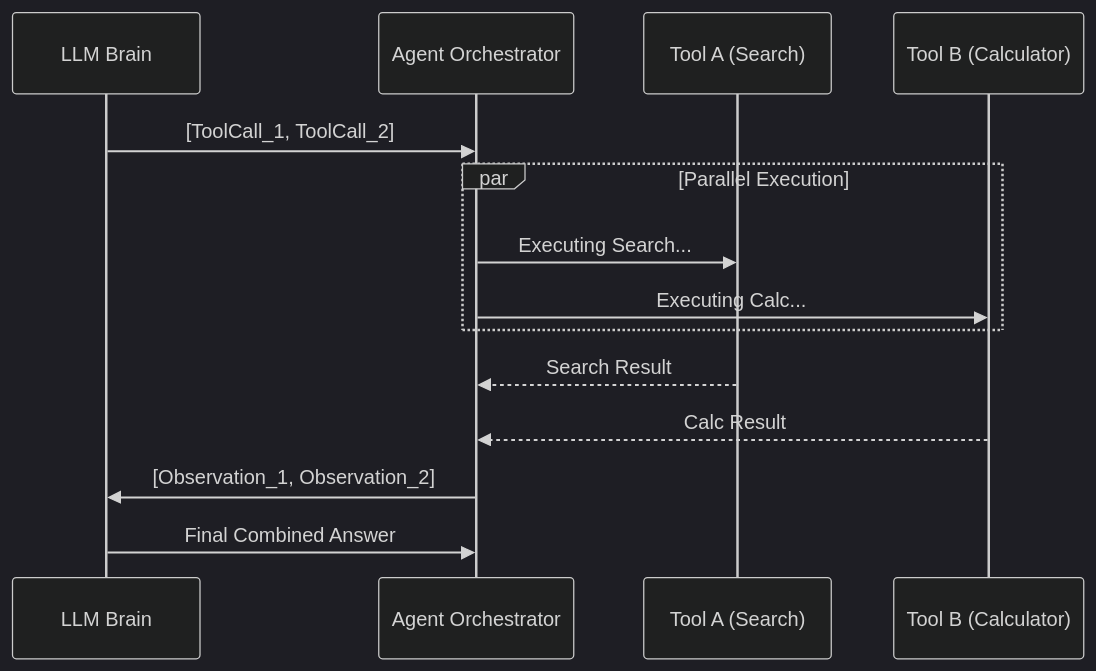
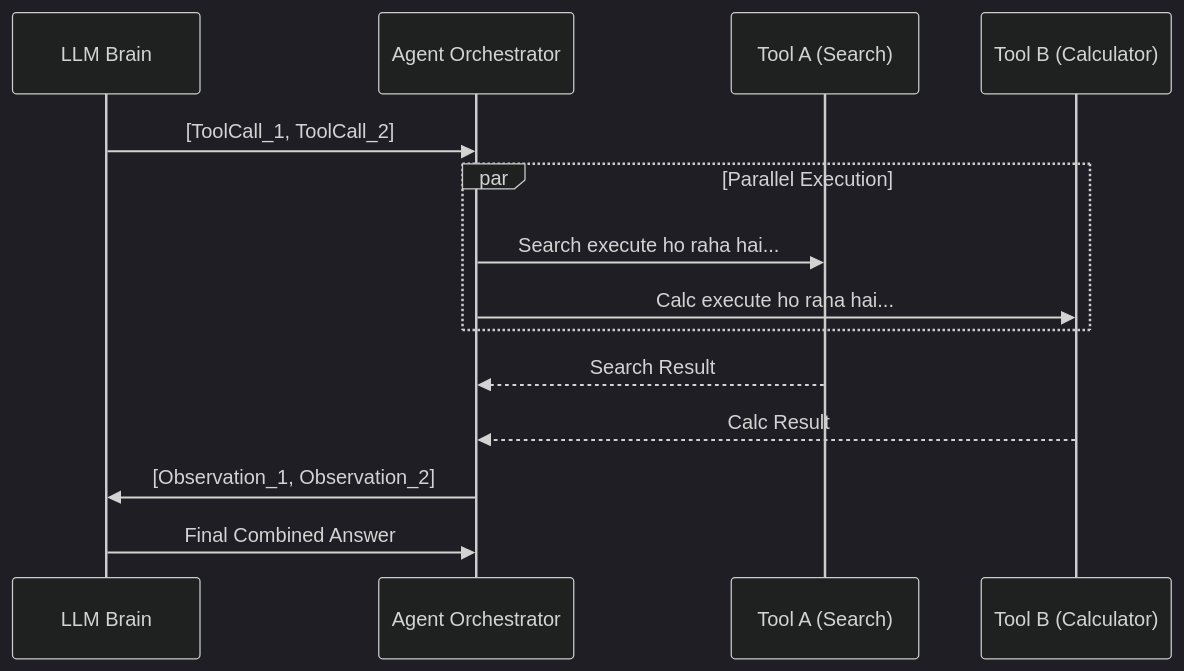
One commit to Sameer-Malik20/SusaGPT-Build-LLM-From-Scratch-With-Hinglish-Learning-Material changed the diagram in docs/agentic_ai_learning/03_Tool_Use_and_Function_Calling/Parallel_Tool_Calling.md. Above: the diagram before and after it, drawn with Mermaid (dark theme). The commit also changed other lines of this file and 25 other files, not shown here.

````diff
--- a/docs/agentic_ai_learning/03_Tool_Use_and_Function_Calling/Parallel_Tool_Calling.md
+++ b/docs/agentic_ai_learning/03_Tool_Use_and_Function_Calling/Parallel_Tool_Calling.md
@@ -27,17 +27,17 @@
 ```mermaid
 sequenceDiagram
     participant L as LLM Brain
     participant A as Agent Orchestrator
     participant T1 as Tool A (Search)
     participant T2 as Tool B (Calculator)
 
     L->>A: [ToolCall_1, ToolCall_2]
     par Parallel Execution
-        A->>T1: Executing Search...
-        A->>T2: Executing Calc...
+        A->>T1: Search execute ho raha hai...
+        A->>T2: Calc execute ho raha hai...
     end
     T1-->>A: Search Result
     T2-->>A: Calc Result
     A->>L: [Observation_1, Observation_2]
     L->>A: Final Combined Answer
 ```
````
